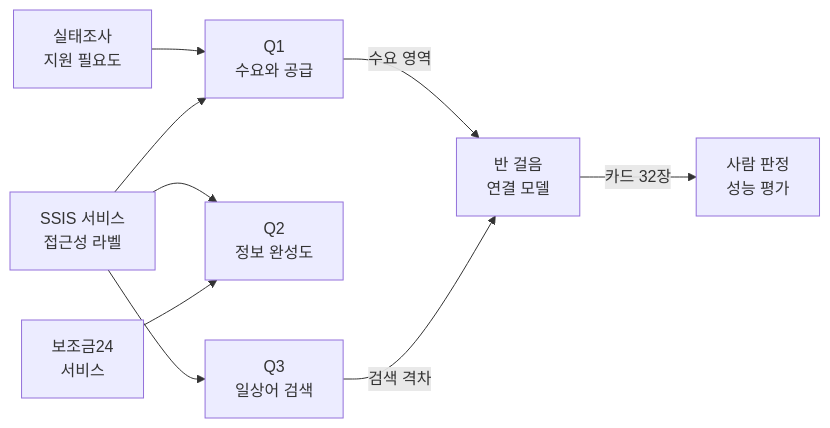
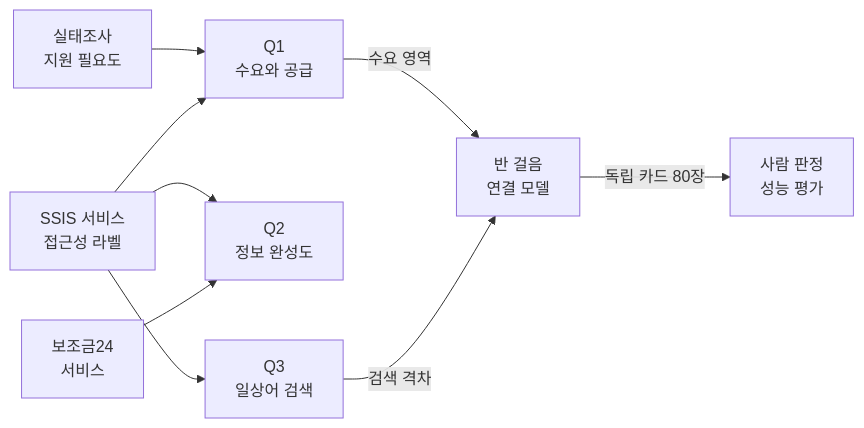
One commit to lcsvvo/Isolated-Youth-Welfare-Access-AI changed the diagram in README.md. Above: the diagram before and after it, drawn with Mermaid. The commit also changed other lines of this file and 1 other file, not shown here.

````diff
--- a/README.md
+++ b/README.md
@@ -67,11 +74,11 @@
 ```mermaid
 flowchart LR
     A[실태조사<br/>지원 필요도] --> Q1[Q1<br/>수요와 공급]
     B[SSIS 서비스<br/>접근성 라벨] --> Q1
     B --> Q2[Q2<br/>정보 완성도]
     C[보조금24<br/>서비스] --> Q2
     B --> Q3[Q3<br/>일상어 검색]
     Q1 -- 수요 영역 --> M[반 걸음<br/>연결 모델]
     Q3 -- 검색 격차 --> M
-    M -- 카드 32장 --> E[사람 판정<br/>성능 평가]
+    M -- 독립 카드 80장 --> E[사람 판정<br/>성능 평가]
 ```
````
